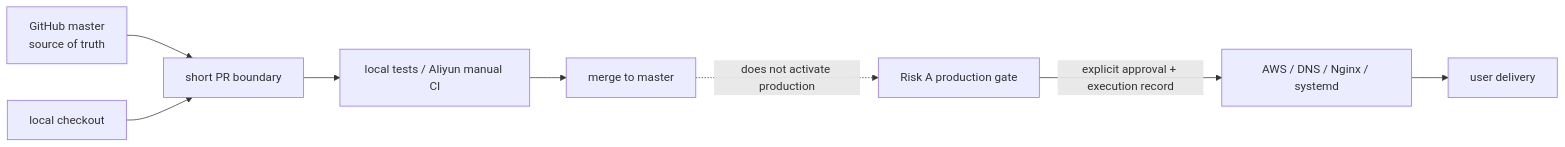
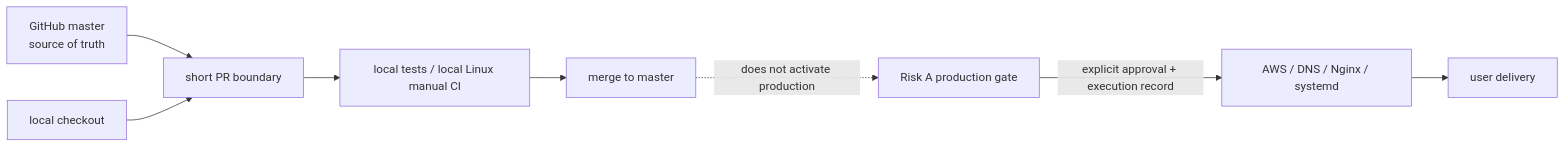
One commit to FlyLink-com/proxy-gateway-minimal changed the seventh of 7 diagrams in docs/PROJECT_TOPOLOGY.md. Above: the diagram before and after it, drawn with Mermaid. The commit also changed other lines of this file and 19 other files, not shown here.

Commit message:
docs: plan aliyun control and local ci split

````diff
--- a/docs/PROJECT_TOPOLOGY.md
+++ b/docs/PROJECT_TOPOLOGY.md
@@ -315,10 +321,10 @@
 ```mermaid
 flowchart LR
   GH["GitHub master\nsource of truth"] --> PR["short PR boundary"]
   Local["local checkout"] --> PR
-  PR --> Validation["local tests / Aliyun manual CI"]
+  PR --> Validation["local tests / local Linux manual CI"]
   Validation --> Merge["merge to master"]
   Merge -.->|"does not activate production"| ProdGate["Risk A production gate"]
   ProdGate -->|"explicit approval + execution record"| AWS["AWS / DNS / Nginx / systemd"]
   AWS --> Users["user delivery"]
 ```
````
